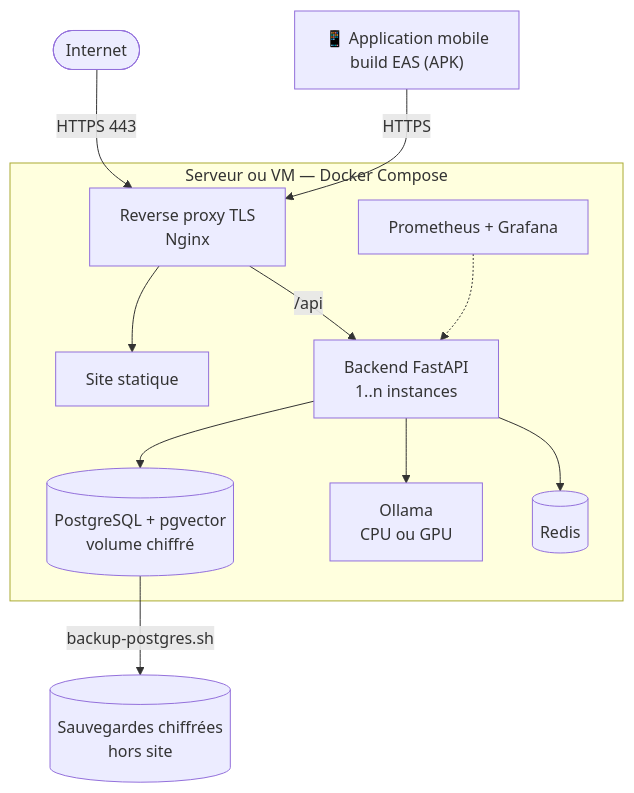
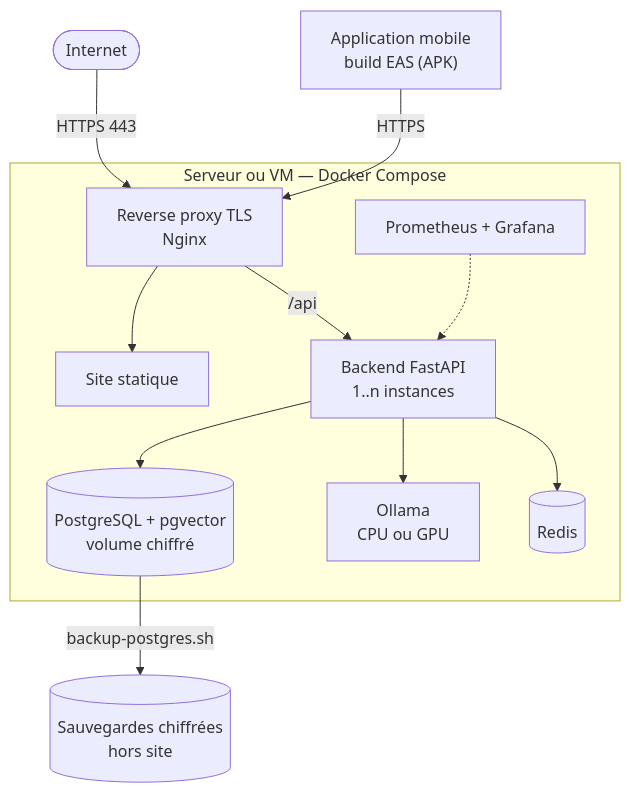
Before and after one commit to Dioumadev221/SUNUSAFEGUARD: diagram 16 of 17 in README.fr.md, drawn with Mermaid. The commit also changed other lines of this file and 1 other file, not shown here.

````diff
--- a/README.fr.md
+++ b/README.fr.md
@@ -912,14 +912,14 @@
 ```mermaid
 flowchart TB
     INTERNET(["Internet"]) -->|HTTPS 443| LB["Reverse proxy TLS<br/>Nginx"]
     subgraph SERVEUR["Serveur ou VM — Docker Compose"]
         LB --> FE["Site statique"]
         LB -->|/api| BE["Backend FastAPI<br/>1..n instances"]
         BE --> PG[("PostgreSQL + pgvector<br/>volume chiffré")]
         BE --> OL["Ollama<br/>CPU ou GPU"]
         BE --> RD[("Redis")]
         MON["Prometheus + Grafana"] -.-> BE
     end
     PG -->|backup-postgres.sh| BK[("Sauvegardes chiffrées<br/>hors site")]
-    APP["📱 Application mobile<br/>build EAS (APK)"] -->|HTTPS| LB
+    APP["Application mobile<br/>build EAS (APK)"] -->|HTTPS| LB
 ```
````
